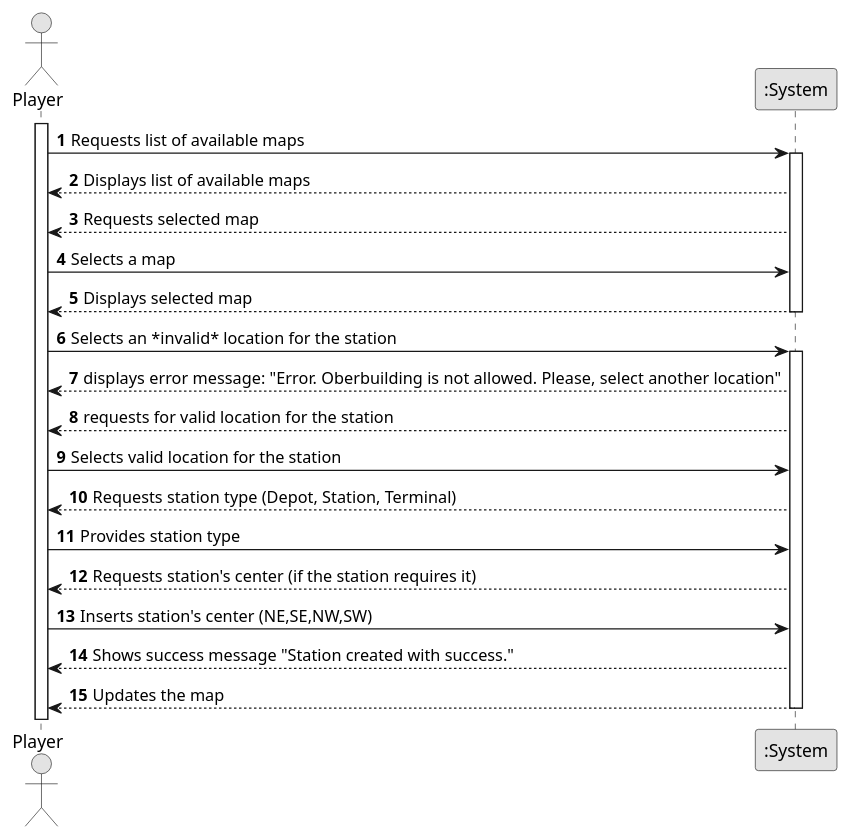
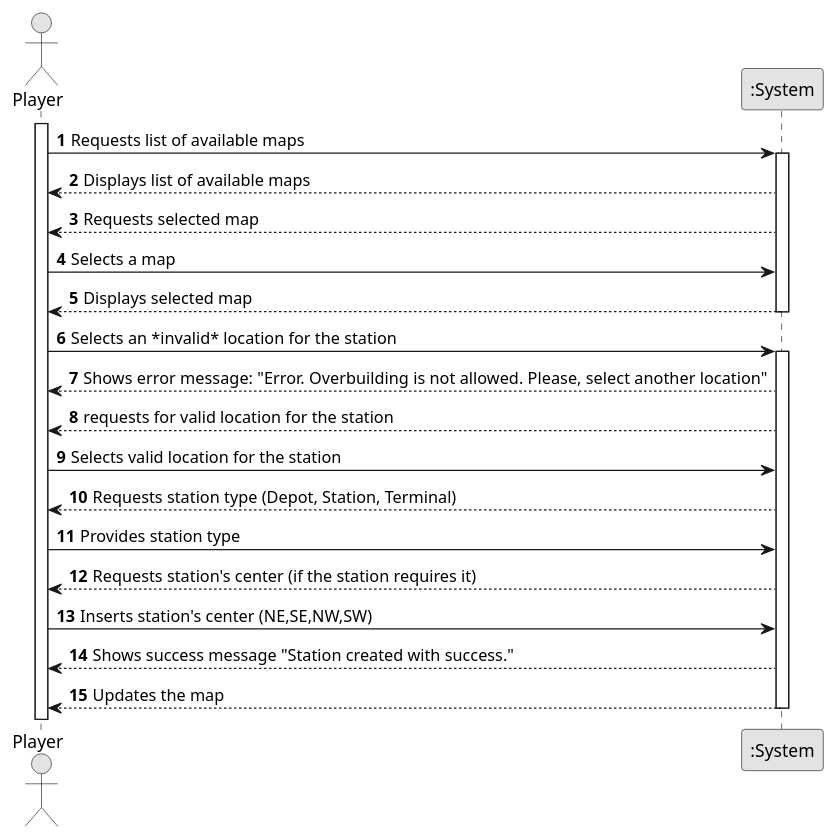
The diagram in docs/system-documentation/US005/01.requirements-engineering/puml/US005-SSD-OVERBUILDING.puml (goncalolopesp/sem2-pi-24.25-g093-repo), drawn with PlantUML before and after one commit. The commit also changed 6 other files, not shown here.

Commit message:
US6 - Added the "Input Error - Building not available (Scenario Rules)" SSD to the Requirements Engineering

```diff
--- a/docs/system-documentation/US005/01.requirements-engineering/puml/US005-SSD-OVERBUILDING.puml
+++ b/docs/system-documentation/US005/01.requirements-engineering/puml/US005-SSD-OVERBUILDING.puml
@@ -1,46 +1,46 @@
 @startuml
 
 skinparam monochrome true
 skinparam packageStyle rectangle
 skinparam shadowing false
 
 autonumber
 
 actor "Player" as Player
 participant ":System" as System
 
 activate Player
 
     Player -> System : Requests list of available maps
     activate System
 
     System --> Player : Displays list of available maps
 
     System --> Player : Requests selected map
 
     Player -> System : Selects a map
 
     System --> Player : Displays selected map
     deactivate System
 
     Player -> System : Selects an *invalid* location for the station
     activate System
 
-    System --> Player : displays error message: "Error. Oberbuilding is not allowed. Please, select another location"
+    System --> Player : Shows error message: "Error. Overbuilding is not allowed. Please, select another location"
     System --> Player : requests for valid location for the station
 
     Player -> System : Selects valid location for the station
 
     System --> Player : Requests station type (Depot, Station, Terminal)
 
     Player -> System : Provides station type
 
     System --> Player : Requests station's center (if the station requires it)
 
     Player -> System : Inserts station's center (NE,SE,NW,SW)
 
     System --> Player : Shows success message "Station created with success."
      System --> Player : Updates the map
     deactivate System
 
 @enduml
```
